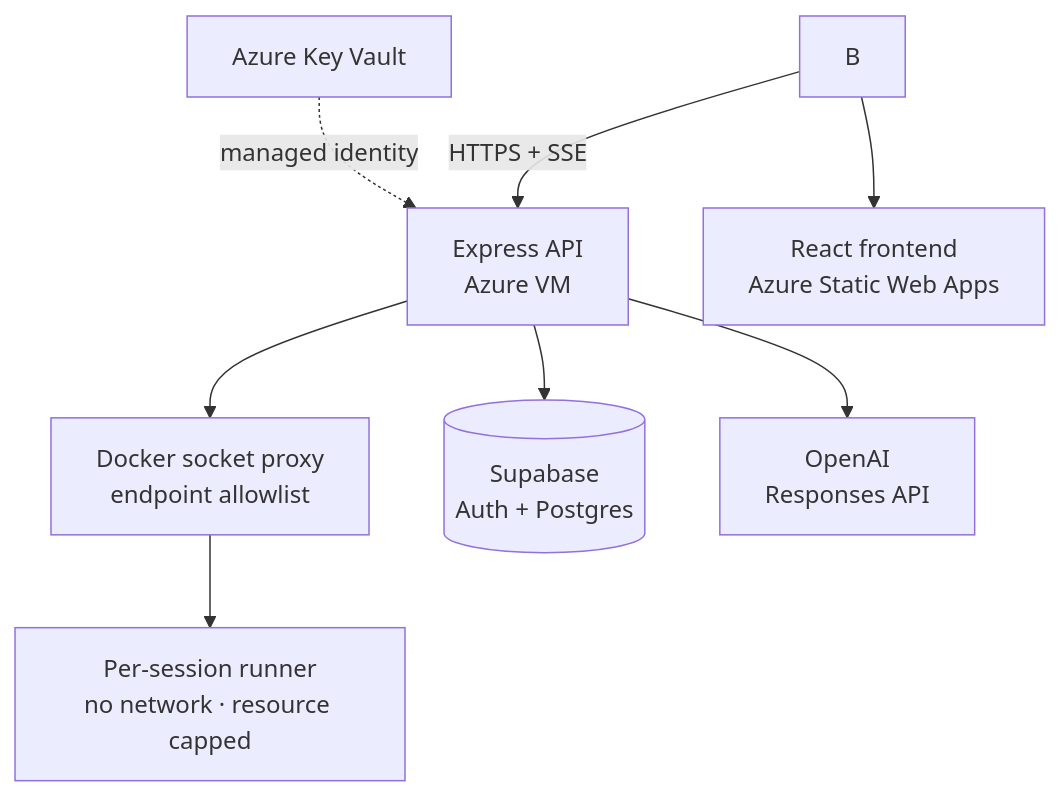
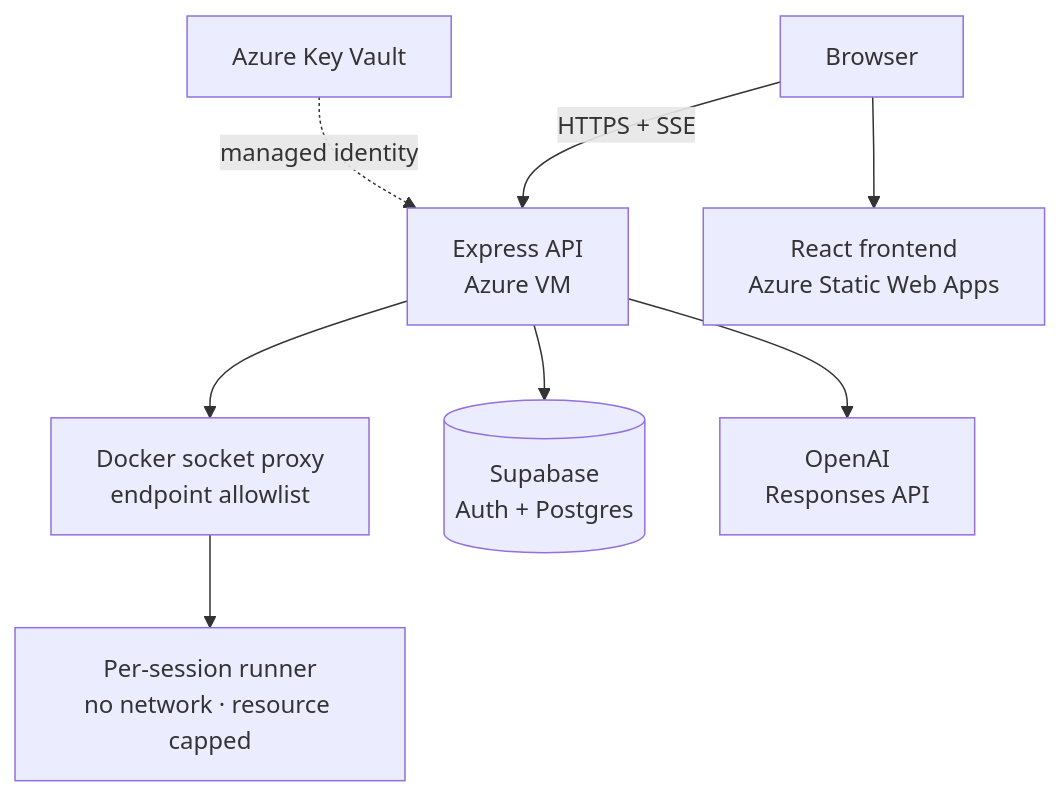
Before and after one commit to msrivas-7/CodeTutor-AI: the diagram in README.md, drawn with Mermaid.

Commit message:
docs: label the README browser node

````diff
--- a/README.md
+++ b/README.md
@@ -112,10 +112,10 @@
 ```mermaid
 flowchart TD
-    B -->|HTTPS + SSE| A[Express API<br/>Azure VM]
+    B[Browser] -->|HTTPS + SSE| A[Express API<br/>Azure VM]
     A --> P[Docker socket proxy<br/>endpoint allowlist]
     P --> R[Per-session runner<br/>no network · resource capped]
     B --> F[React frontend<br/>Azure Static Web Apps]
     A --> S[(Supabase<br/>Auth + Postgres)]
     A --> O[OpenAI<br/>Responses API]
     K[Azure Key Vault] -. managed identity .-> A
 ```
````
